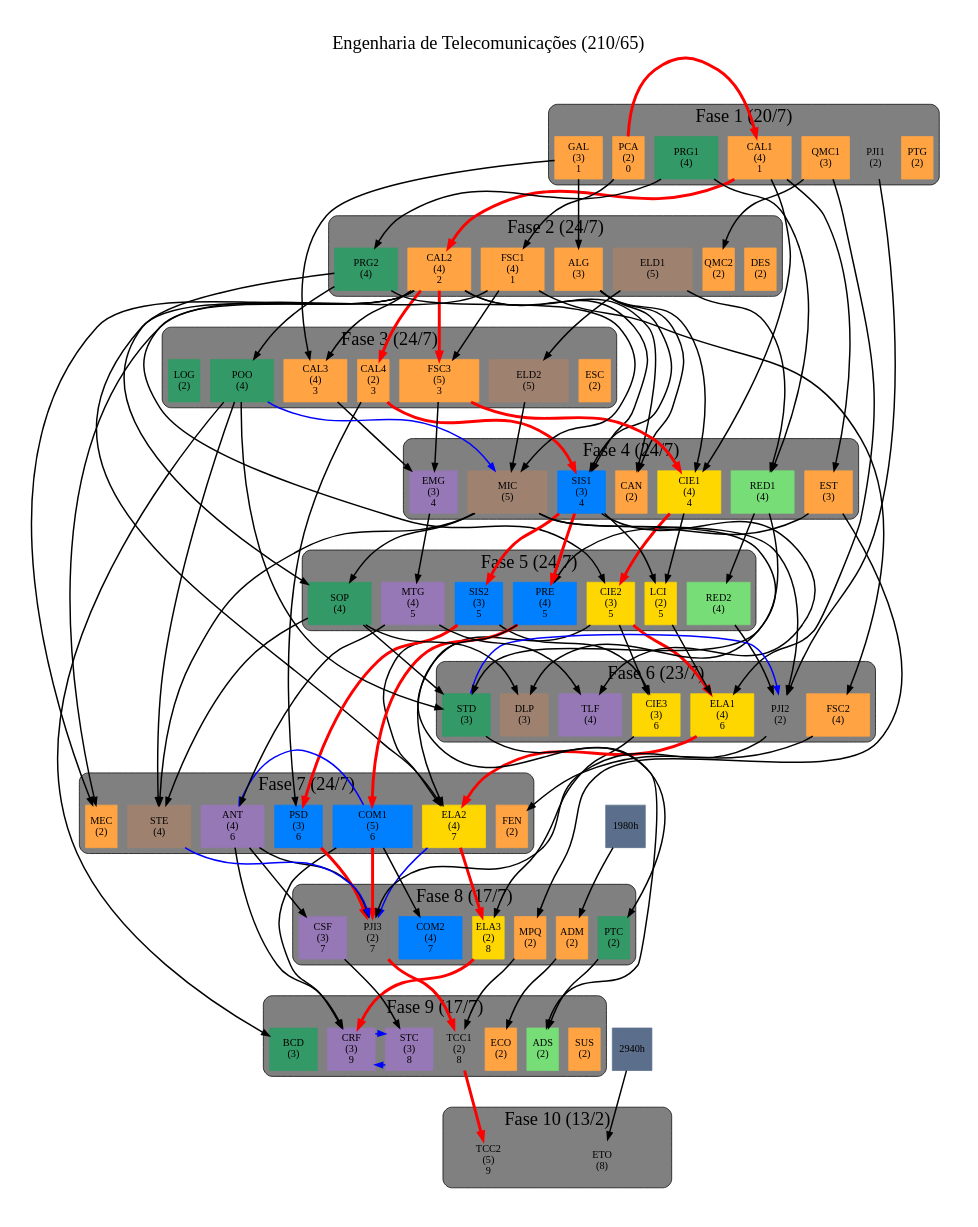
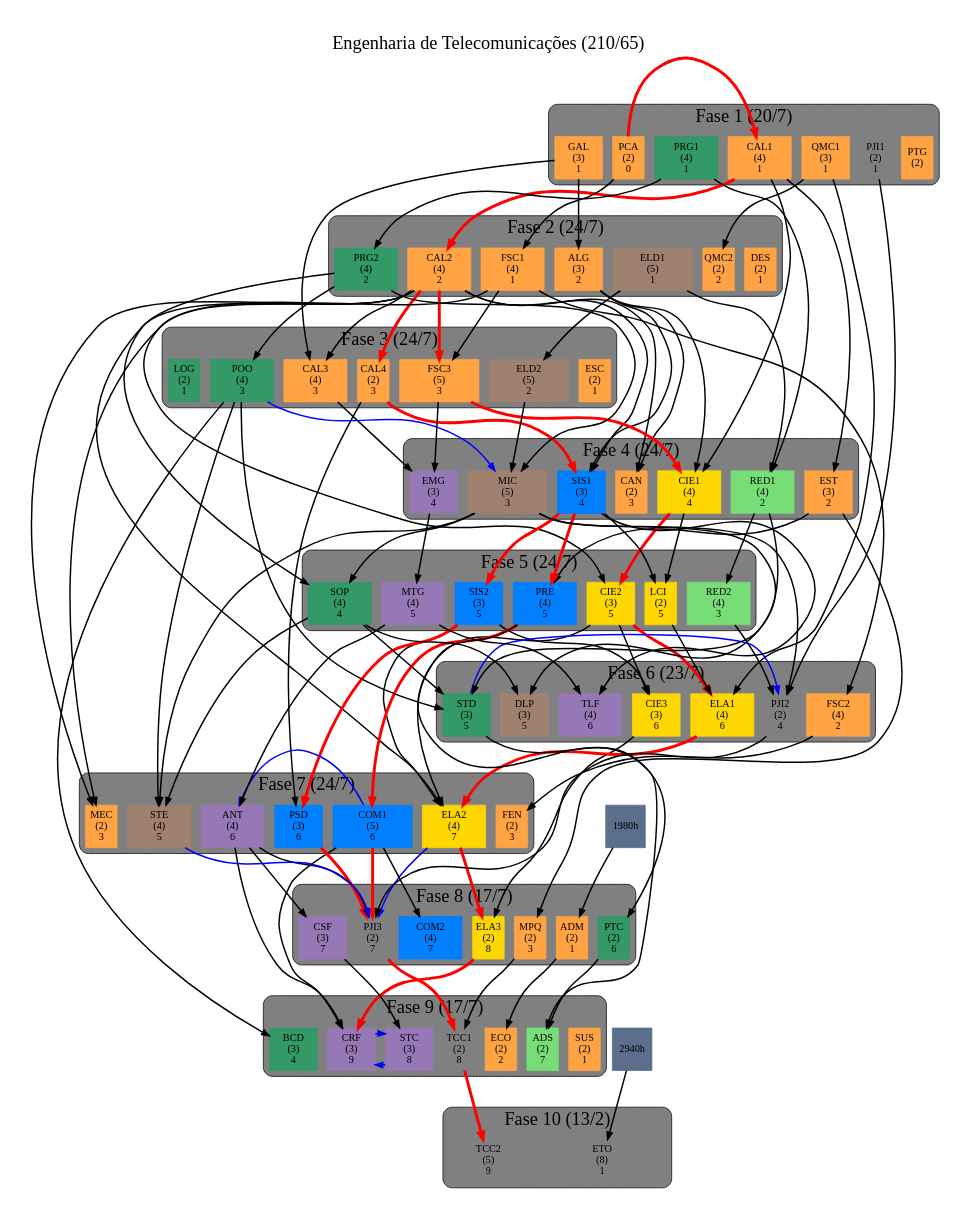
Before and after one commit to emersonmello/grade-dot-engtelecom: the diagram in engtelecom.dot, drawn with Graphviz.

Commit message:
comprimentos maximos atualizados

```diff
--- a/engtelecom.dot
+++ b/engtelecom.dot
@@ -240,29 +240,29 @@
     horas2940 [label="2940h", color="#5b6e8b", id="2940h"]
     horas1980 [label="1980h", color="#5b6e8b", id="1980h"]
 
-    ADM [ch=40, color="#FFA343", id=ADM, label="ADM \n(2)",  width=0.6] # TODO pré-requisito 1980h
-    ALG [ch=60, color="#FFA343", id=ALG, label="ALG \n(3)",  width=0.9]
+    ADM [ch=40, color="#FFA343", id=ADM, label="ADM \n(2) \n 1",  width=0.6] # TODO pré-requisito 1980h
+    ALG [ch=60, color="#FFA343", id=ALG, label="ALG \n(3) \n 2",  width=0.9]
     CAL1 [ch=80, color="#FFA343", id=CAL1, label="CAL1 \n(4) \n 1",  width=1.2]
     CAL2 [ch=80, color="#FFA343", id=CAL2, label="CAL2 \n(4) \n 2",  width=1.2]
     CAL3 [ch=80, color="#FFA343", id=CAL3, label="CAL3 \n(4) \n 3",  width=1.2]
     CAL4 [ch=40, color="#FFA343", id=CAL4, label="CAL4 \n(2) \n 3",  width=0.6]
-    CAN [ch=40, color="#FFA343", id=CAN, label="CAN \n(2)",  width=0.6]
-    DES [ch=40, color="#FFA343", id=DES, label="DES \n(2)",  width=0.6]
-    ECO [ch=40, color="#FFA343", id=ECO, label="ECO \n(2)",  width=0.6]
-    ESC [ch=40, color="#FFA343", id=ESC, label="ESC \n(2)",  width=0.6]
-    EST [ch=60, color="#FFA343", id=EST, label="EST \n(3)",  width=0.9]
-    FEN [ch=40, color="#FFA343", id=FEN, label="FEN \n(2)",  width=0.6]
+    CAN [ch=40, color="#FFA343", id=CAN, label="CAN \n(2) \n 3",  width=0.6]
+    DES [ch=40, color="#FFA343", id=DES, label="DES \n(2) \n 1",  width=0.6]
+    ECO [ch=40, color="#FFA343", id=ECO, label="ECO \n(2) \n 2",  width=0.6]
+    ESC [ch=40, color="#FFA343", id=ESC, label="ESC \n(2) \n 1",  width=0.6]
+    EST [ch=60, color="#FFA343", id=EST, label="EST \n(3) \n 2",  width=0.9]
+    FEN [ch=40, color="#FFA343", id=FEN, label="FEN \n(2) \n 3",  width=0.6]
     FSC1 [ch=80, color="#FFA343", id=FSC1, label="FSC1 \n(4) \n 1",  width=1.2]
-    FSC2 [ch=80, color="#FFA343", id=FSC2, label="FSC2 \n(4)",  width=1.2]
+    FSC2 [ch=80, color="#FFA343", id=FSC2, label="FSC2 \n(4) \n 2",  width=1.2]
     FSC3 [ch=100, color="#FFA343", id=FSC3, label="FSC3 \n(5) \n 3",  width=1.5] # TODO verificar se terá redução de CH
     GAL [ch=60, color="#FFA343", id=GAL, label="GAL \n(3) \n 1",  width=0.9]
-    MEC [ch=40, color="#FFA343", id=MEC, label="MEC \n(2)",  width=0.6]
-    MPQ [ch=40, color="#FFA343", id=MPQ, label="MPQ \n(2)",  width=0.6]
+    MEC [ch=40, color="#FFA343", id=MEC, label="MEC \n(2)\n 3",  width=0.6]
+    MPQ [ch=40, color="#FFA343", id=MPQ, label="MPQ \n(2) \n 3",  width=0.6]
     PCA [ch=40, color="#FFA343", id=PCA, label="PCA \n(2) \n 0",  width=0.6]
     PTG [ch=40, color="#FFA343", id=PTG, label="PTG \n(2)",  width=0.6] # TODO pré-requisito 1980h
-    QMC1 [ch=60, color="#FFA343", id=QMC1, label="QMC1 \n(3)",  width=0.9]
-    QMC2 [ch=40, color="#FFA343", id=QMC2, label="QMC2 \n(2)",  width=0.6]
-    SUS [ch=40, color="#FFA343", id=SUS, label="SUS \n(2)",  width=0.6]
+    QMC1 [ch=60, color="#FFA343", id=QMC1, label="QMC1 \n(3) \n 1",  width=0.9]
+    QMC2 [ch=40, color="#FFA343", id=QMC2, label="QMC2 \n(2) \n 2",  width=0.6]
+    SUS [ch=40, color="#FFA343", id=SUS, label="SUS \n(2) \n 1",  width=0.6]
 
 
 
@@ -284,20 +284,19 @@
     SIS2 [ch=60, color="#007FFF", id=SIS2, label="SIS2 \n(3) \n 5",  width=0.9]
 
 
-    ETO [ch=160, color="#808080", id=ETO, label="ETO \n(8)",  width=2.4]
-    PJI1 [ch=40, color="#808080", id=PJI1, label="PJI1 \n(2)",  width=0.6]
-    PJI2 [ch=40, color="#808080", id=PJI2, label="PJI2 \n(2)",  width=0.6]
+    ETO [ch=160, color="#808080", id=ETO, label="ETO \n(8) \n 1",  width=2.4]
+    PJI1 [ch=40, color="#808080", id=PJI1, label="PJI1 \n(2) \n 1",  width=0.6]
+    PJI2 [ch=40, color="#808080", id=PJI2, label="PJI2 \n(2) \n 4",  width=0.6]
     PJI3 [ch=40, color="#808080", id=PJI3, label="PJI3 \n(2) \n 7",  width=0.6]
     TCC1 [ch=40, color="#808080", id=TCC1, label="TCC1 \n(2) \n 8",  width=0.6]
     TCC2 [ch=100, color="#808080", id=TCC2, label="TCC2 \n(5) \n 9",  width=1.5]
 
 
-    DLP [ch=60, color="#9F8170", id=DLP, label="DLP \n(3)",  width=0.9]
-    ELD1 [ch=100, color="#9F8170", id=ELD1, label="ELD1 \n(5)",  width=1.5]
-    ELD2 [ch=100, color="#9F8170", id=ELD2, label="ELD2 \n(5)",  width=1.5]
-    MIC [ch=100, color="#9F8170", id=MIC, label="MIC \n(5)",  width=1.5]
-    STE [ch=80, color="#9F8170", id=STE, label="STE \n(4)",  width=1.2]
-
+    ELD1 [ch=100, color="#9F8170", id=ELD1, label="ELD1 \n(5) \n 1",  width=1.5]
+    ELD2 [ch=100, color="#9F8170", id=ELD2, label="ELD2 \n(5) \n 2",  width=1.5]
+    MIC [ch=100, color="#9F8170", id=MIC, label="MIC \n(5) \n 3",  width=1.5]
+    STE [ch=80, color="#9F8170", id=STE, label="STE \n(4) \n 5",  width=1.2]
+    DLP [ch=60, color="#9F8170", id=DLP, label="DLP \n(3) \n 5" width=0.9]
 
     EMG [ch=60, color="#9678B6", id=EMG, label="EMG \n(3) \n 4",  width=0.9]
     MTG [ch=80, color="#9678B6", id=MTG, label="MTG \n(4) \n 5",  width=1.2]
@@ -305,21 +304,21 @@
     CSF [ch=60, color="#9678B6", id=CSF, label="CSF \n(3) \n 7",  width=0.9]
     STC [ch=60, color="#9678B6", id=STC, label="STC \n(3) \n 8",  width=0.9]
     CRF [ch=60, color="#9678B6", id=CRF, label="CRF \n(3) \n 9",  width=0.9]
-    TLF [ch=80, color="#9678B6", id=TLF, label="TLF \n(4)",  width=1.2]
+    TLF [ch=80, color="#9678B6", id=TLF, label="TLF \n(4) \n 6",  width=1.2]
 
 
-    ADS [ch=40, color="#77DD77", id=ADS, label="ADS \n(2)",  width=0.6]
-    RED1 [ch=80, color="#77DD77", id=RED1, label="RED1 \n(4)",  width=1.2]
-    RED2 [ch=80, color="#77DD77", id=RED2, label="RED2 \n(4)",  width=1.2]
+    ADS [ch=40, color="#77DD77", id=ADS, label="ADS \n(2) \n 7",  width=0.6]
+    RED1 [ch=80, color="#77DD77", id=RED1, label="RED1 \n(4) \n 2",  width=1.2]
+    RED2 [ch=80, color="#77DD77", id=RED2, label="RED2 \n(4) \n 3",  width=1.2]
 
 
-    BCD [ch=60, color="#339966", id=BCD, label="BCD \n(3)",  width=0.9]
-    LOG [ch=40, color="#339966", id=LOG, label="LOG \n(2)",  width=0.6]
-    POO [ch=80, color="#339966", id=POO, label="POO \n(4)",  width=1.2]
-    PRG1 [ch=80, color="#339966", id=PRG1, label="PRG1 \n(4)",  width=1.2]
-    PRG2 [ch=80, color="#339966", id=PRG2, label="PRG2 \n(4)",  width=1.2]
-    PTC [ch=40, color="#339966", id=PTC, label="PTC \n(2)",  width=0.6]
-    SOP [ch=80, color="#339966", id=SOP, label="SOP \n(4)",  width=1.2]
-    STD [ch=60, color="#339966", id=STD, label="STD \n(3)",  width=0.9]
+    BCD [ch=60, color="#339966", id=BCD, label="BCD \n(3) \n 4",  width=0.9]
+    LOG [ch=40, color="#339966", id=LOG, label="LOG \n(2) \n 1",  width=0.6]
+    POO [ch=80, color="#339966", id=POO, label="POO \n(4) \n 3",  width=1.2]
+    PRG1 [ch=80, color="#339966", id=PRG1, label="PRG1 \n(4) \n 1",  width=1.2]
+    PRG2 [ch=80, color="#339966", id=PRG2, label="PRG2 \n(4) \n 2",  width=1.2]
+    PTC [ch=40, color="#339966", id=PTC, label="PTC \n(2) \n 6",  width=0.6]
+    SOP [ch=80, color="#339966", id=SOP, label="SOP \n(4) \n 4",  width=1.2]
+    STD [ch=60, color="#339966", id=STD, label="STD \n(3) \n 5",  width=0.9]
 
 }
```
